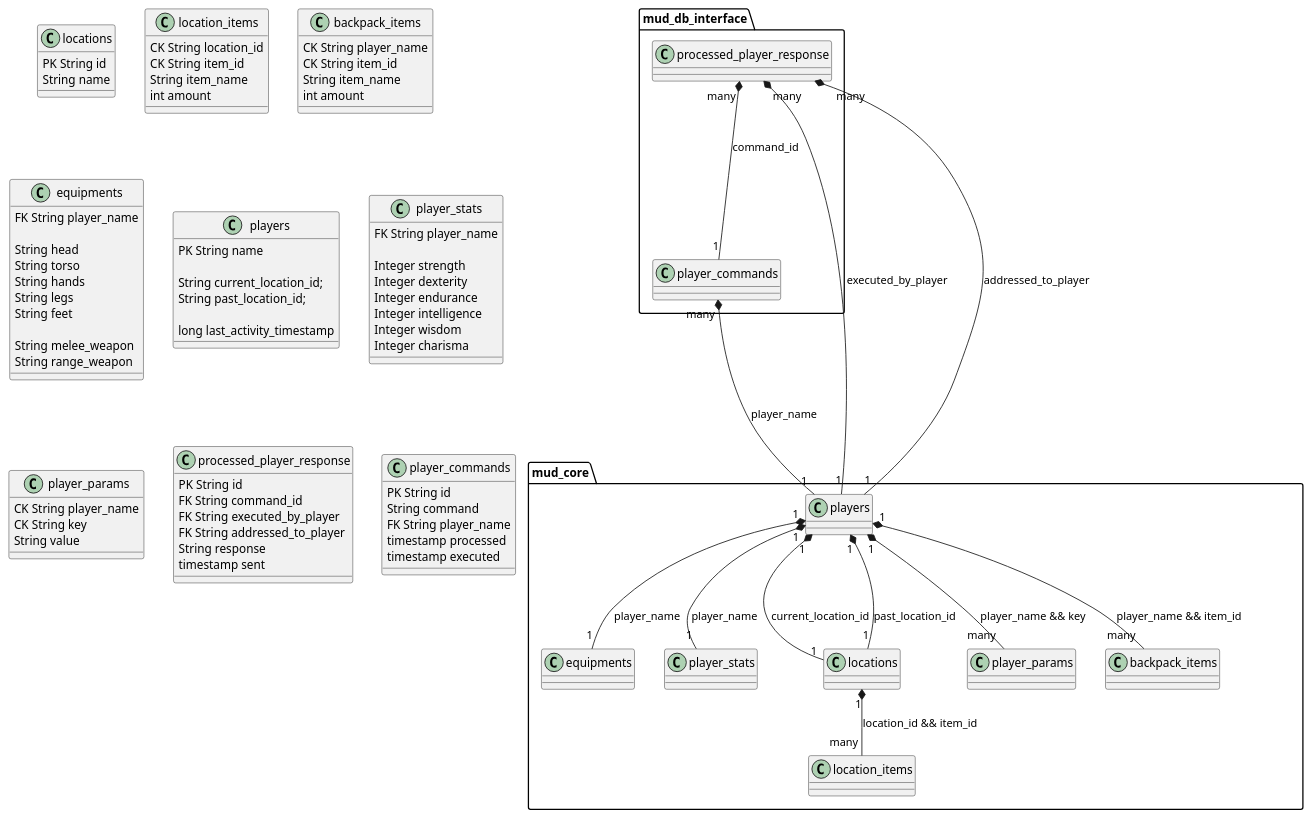
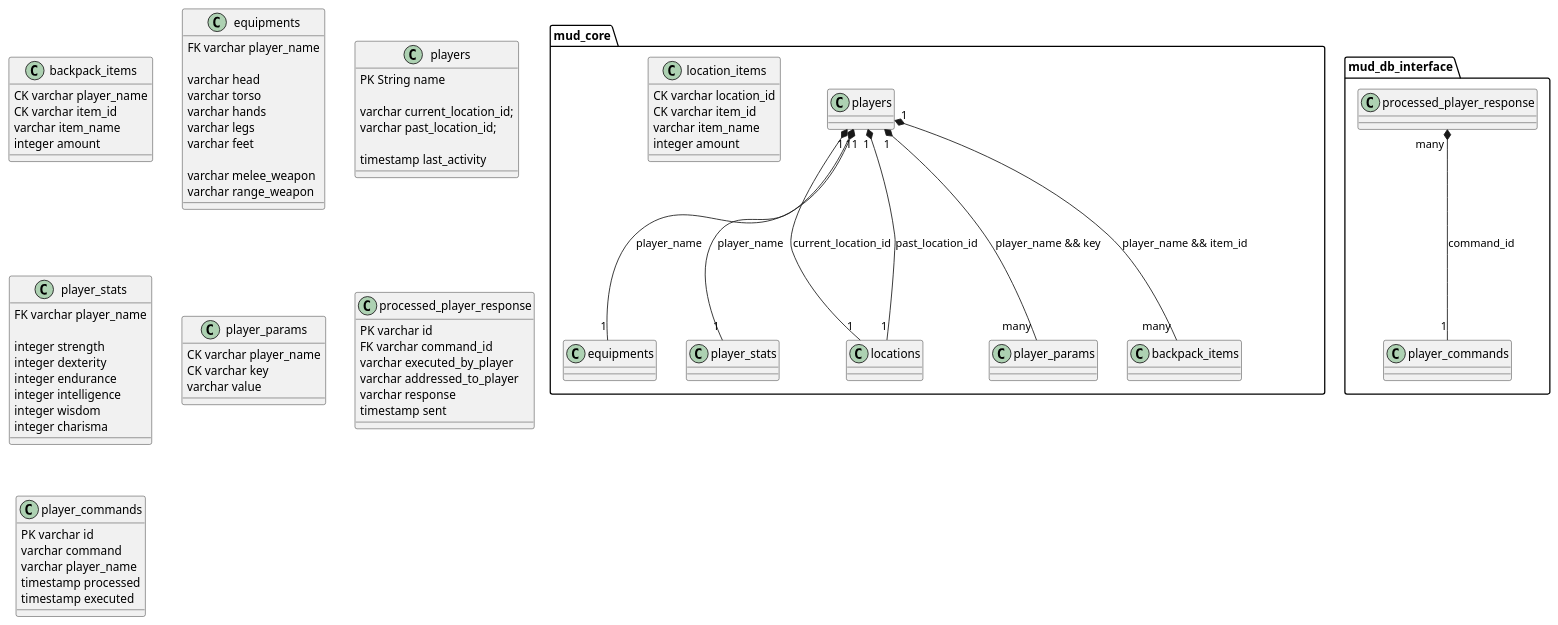
The diagram in docs/db.puml (tomekbielaszewski/MUD-Engine), drawn with PlantUML before and after one commit. The commit also changed 1 other file, not shown here.

```diff
--- a/docs/db.puml
+++ b/docs/db.puml
@@ -1,95 +1,86 @@
 @startuml
 
 package mud_core {
     players "1" *-- "1" equipments : player_name
     players "1" *-- "1" player_stats : player_name
     players "1" *-- "1" locations : current_location_id
     players "1" *-- "1" locations : past_location_id
-    locations "1" *-- "many" location_items : location_id && item_id
     players "1" *-- "many" player_params : player_name && key
     players "1" *-- "many" backpack_items : player_name && item_id
+
+    class location_items {
+        CK varchar location_id
+        CK varchar item_id
+        varchar item_name
+        integer amount
+    }
 }
 
 package mud_db_interface {
-    player_commands "many" *-- "1" players : player_name
     processed_player_response "many" *-- "1" player_commands : command_id
-    processed_player_response "many" *-- "1" players : executed_by_player
-    processed_player_response "many" *-- "1" players : addressed_to_player
-}
-
-class locations {
-    PK String id
-    String name
-}
-
-class location_items {
-    CK String location_id
-    CK String item_id
-    String item_name
-    int amount
 }
 
 class backpack_items {
-    CK String player_name
-    CK String item_id
-    String item_name
-    int amount
+    CK varchar player_name
+    CK varchar item_id
+    varchar item_name
+    integer amount
 }
 
 class equipments {
-    FK String player_name
+    FK varchar player_name
 
-    String head
-    String torso
-    String hands
-    String legs
-    String feet
+    varchar head
+    varchar torso
+    varchar hands
+    varchar legs
+    varchar feet
     
-    String melee_weapon
-    String range_weapon
+    varchar melee_weapon
+    varchar range_weapon
 }
 
 class players {
     PK String name
     
-    String current_location_id;
-    String past_location_id;
+    varchar current_location_id;
+    varchar past_location_id;
 
-    long last_activity_timestamp
+    timestamp last_activity
 }
 
 class player_stats {
-    FK String player_name
+    FK varchar player_name
 
-    Integer strength
-    Integer dexterity
-    Integer endurance
-    Integer intelligence
-    Integer wisdom
-    Integer charisma
+    integer strength
+    integer dexterity
+    integer endurance
+    integer intelligence
+    integer wisdom
+    integer charisma
 }
 
 class player_params {
-    CK String player_name
-    CK String key
-    String value
+    CK varchar player_name
+    CK varchar key
+    varchar value
 }
 
 class processed_player_response {
-    PK String id
-    FK String command_id
-    FK String executed_by_player
-    FK String addressed_to_player
-    String response
+    PK varchar id
+    FK varchar command_id
+    varchar executed_by_player
+    varchar addressed_to_player
+    varchar response
     timestamp sent
 }
 
 class player_commands {
-    PK String id
-    String command
-    FK String player_name
+    PK varchar id
+    varchar command
+    varchar player_name
     timestamp processed
     timestamp executed
 }
 
 @enduml
```
